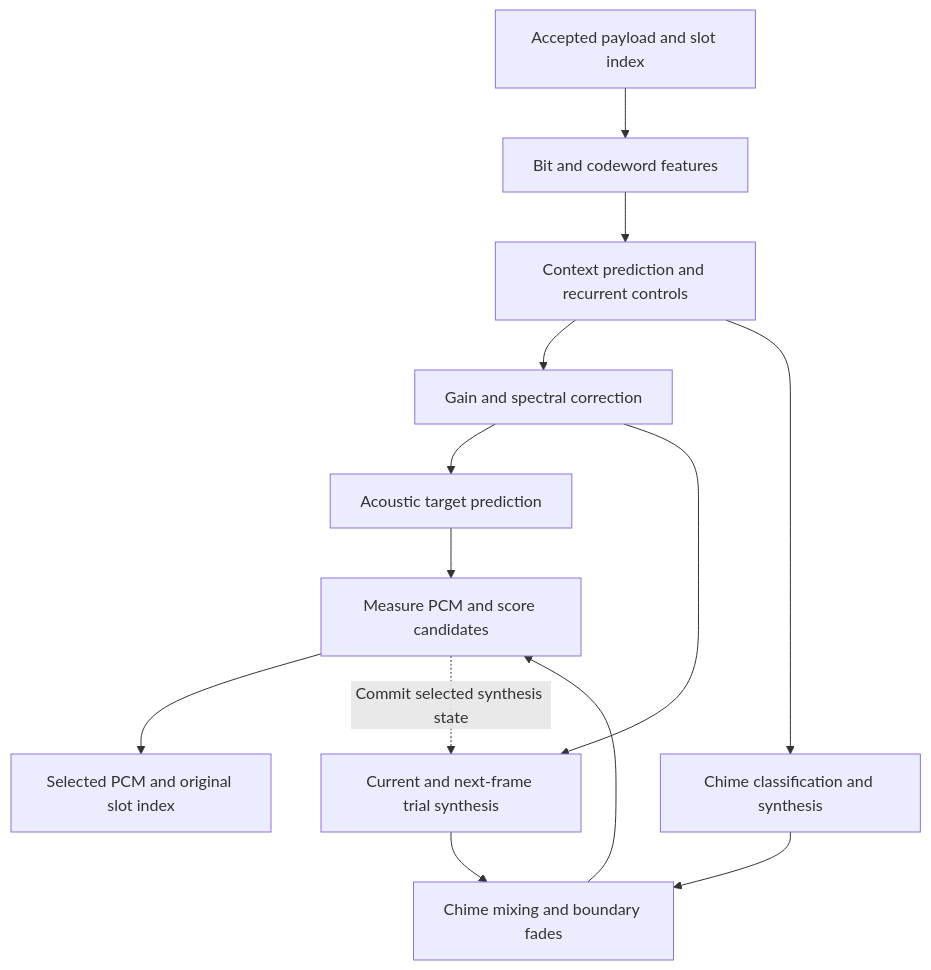
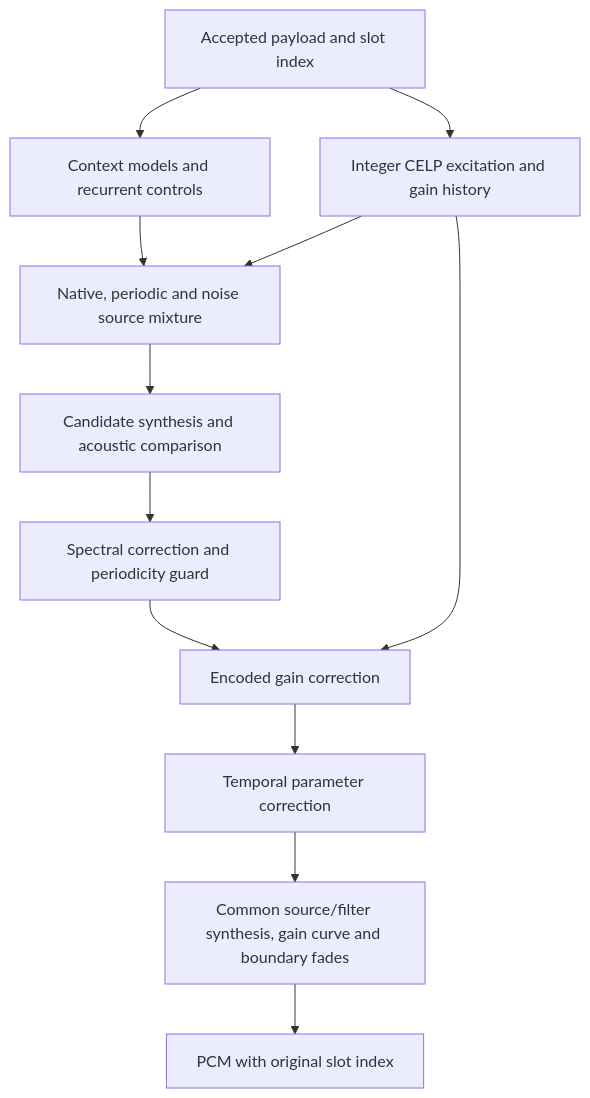
Before and after one commit to bi119aTe5hXk/jr-conventional-line-radio-receiver: the diagram in crates/jr-voice/README.md, drawn with Mermaid. The commit also changed other lines of this file and 60 other files, not shown here.

````diff
--- a/crates/jr-voice/README.md
+++ b/crates/jr-voice/README.md
@@ -39,15 +39,14 @@
 ```mermaid
 flowchart TD
-    A["Accepted payload and slot index"] --> B["Bit and codeword features"]
-    B --> C["Context prediction and recurrent controls"]
-    C --> D["Gain and spectral correction"]
-    C --> H["Chime classification and synthesis"]
-    D --> E["Acoustic target prediction"]
-    D --> F["Current and next-frame trial synthesis"]
-    F --> M["Chime mixing and boundary fades"]
-    H --> M
-    E --> G["Measure PCM and score candidates"]
-    M --> G
-    G --> O["Selected PCM and original slot index"]
-    G -. "Commit selected synthesis state" .-> F
+    A["Accepted payload and slot index"] --> B["Context models and recurrent controls"]
+    A --> C["Integer CELP excitation and gain history"]
+    B --> D["Native, periodic and noise source mixture"]
+    C --> D
+    D --> E["Candidate synthesis and acoustic comparison"]
+    E --> F["Spectral correction and periodicity guard"]
+    C --> G["Encoded gain correction"]
+    F --> G
+    G --> H["Temporal parameter correction"]
+    H --> I["Common source/filter synthesis, gain curve and boundary fades"]
+    I --> J["PCM with original slot index"]
 ```
````
